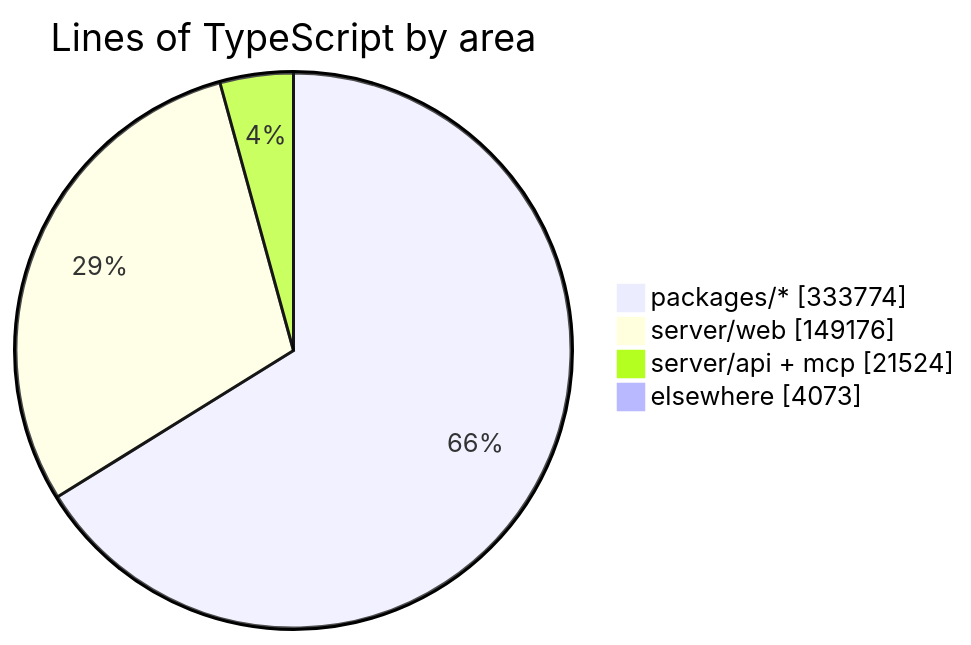
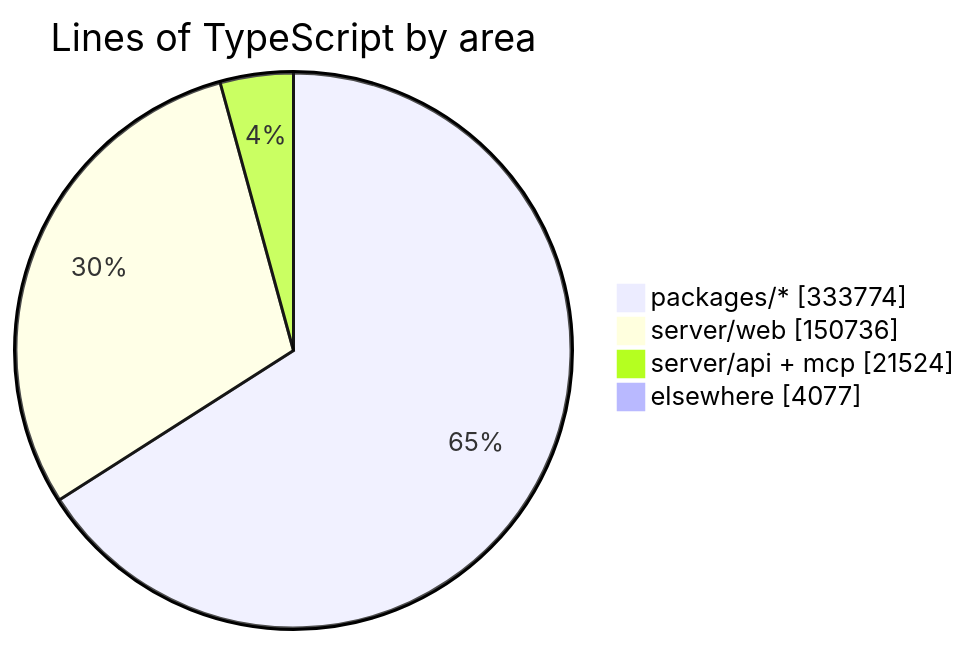
The diagram in README.md (crossworks-engineering/mantle), drawn with Mermaid before and after one commit. The commit also changed other lines of this file and 2 other files, not shown here.

````diff
--- a/README.md
+++ b/README.md
@@ -294,7 +294,7 @@
 ```mermaid
 pie showData title Lines of TypeScript by area
     "packages/*" : 333774
-    "server/web" : 149176
+    "server/web" : 150736
     "server/api + mcp" : 21524
-    "elsewhere" : 4073
+    "elsewhere" : 4077
 ```
````
